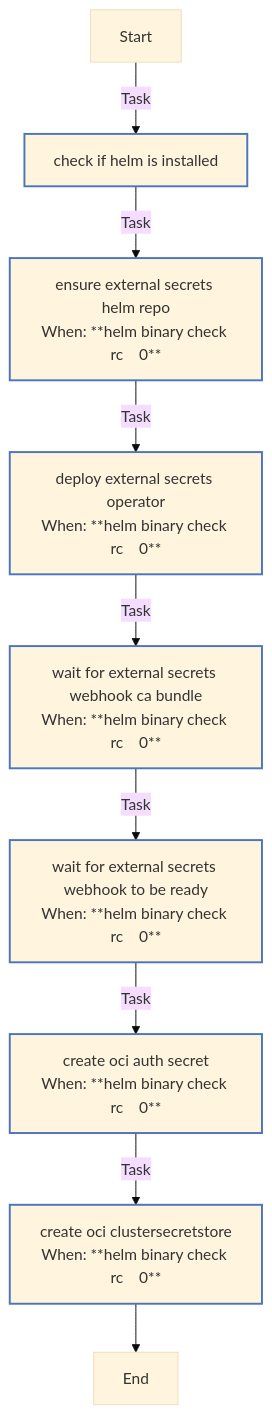
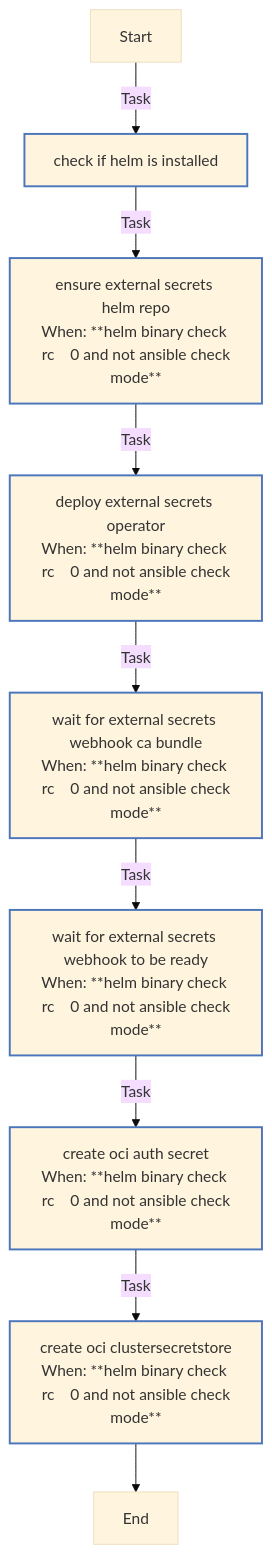
The diagram in roles/external_secrets/README.md (rou-cru/k3s-homelab), drawn with Mermaid (base theme) before and after one commit. The commit also changed other lines of this file and 57 other files, not shown here.

````diff
--- a/roles/external_secrets/README.md
+++ b/roles/external_secrets/README.md
@@ -65,21 +68,21 @@
 ```mermaid
 flowchart TD
 Start
 classDef block stroke:#3498db,stroke-width:2px;
 classDef task stroke:#4b76bb,stroke-width:2px;
 classDef includeTasks stroke:#16a085,stroke-width:2px;
 classDef importTasks stroke:#34495e,stroke-width:2px;
 classDef includeRole stroke:#2980b9,stroke-width:2px;
 classDef importRole stroke:#699ba7,stroke-width:2px;
 classDef includeVars stroke:#8e44ad,stroke-width:2px;
 classDef rescue stroke:#665352,stroke-width:2px;
 
   Start-->|Task| Check_if_Helm_is_installed0[check if helm is installed]:::task
-  Check_if_Helm_is_installed0-->|Task| Ensure_External_Secrets_Helm_repo1[ensure external secrets helm repo<br>When: **helm binary check rc    0**]:::task
-  Ensure_External_Secrets_Helm_repo1-->|Task| Deploy_External_Secrets_Operator2[deploy external secrets operator<br>When: **helm binary check rc    0**]:::task
-  Deploy_External_Secrets_Operator2-->|Task| Wait_for_external_secrets_webhook_CA_bundle3[wait for external secrets webhook ca bundle<br>When: **helm binary check rc    0**]:::task
-  Wait_for_external_secrets_webhook_CA_bundle3-->|Task| Wait_for_external_secrets_webhook_to_be_ready4[wait for external secrets webhook to be ready<br>When: **helm binary check rc    0**]:::task
-  Wait_for_external_secrets_webhook_to_be_ready4-->|Task| Create_OCI_Auth_Secret5[create oci auth secret<br>When: **helm binary check rc    0**]:::task
-  Create_OCI_Auth_Secret5-->|Task| Create_OCI_ClusterSecretStore6[create oci clustersecretstore<br>When: **helm binary check rc    0**]:::task
+  Check_if_Helm_is_installed0-->|Task| Ensure_External_Secrets_Helm_repo1[ensure external secrets helm repo<br>When: **helm binary check rc    0 and not ansible check<br>mode**]:::task
+  Ensure_External_Secrets_Helm_repo1-->|Task| Deploy_External_Secrets_Operator2[deploy external secrets operator<br>When: **helm binary check rc    0 and not ansible check<br>mode**]:::task
+  Deploy_External_Secrets_Operator2-->|Task| Wait_for_external_secrets_webhook_CA_bundle3[wait for external secrets webhook ca bundle<br>When: **helm binary check rc    0 and not ansible check<br>mode**]:::task
+  Wait_for_external_secrets_webhook_CA_bundle3-->|Task| Wait_for_external_secrets_webhook_to_be_ready4[wait for external secrets webhook to be ready<br>When: **helm binary check rc    0 and not ansible check<br>mode**]:::task
+  Wait_for_external_secrets_webhook_to_be_ready4-->|Task| Create_OCI_Auth_Secret5[create oci auth secret<br>When: **helm binary check rc    0 and not ansible check<br>mode**]:::task
+  Create_OCI_Auth_Secret5-->|Task| Create_OCI_ClusterSecretStore6[create oci clustersecretstore<br>When: **helm binary check rc    0 and not ansible check<br>mode**]:::task
   Create_OCI_ClusterSecretStore6-->End
 ```
````
